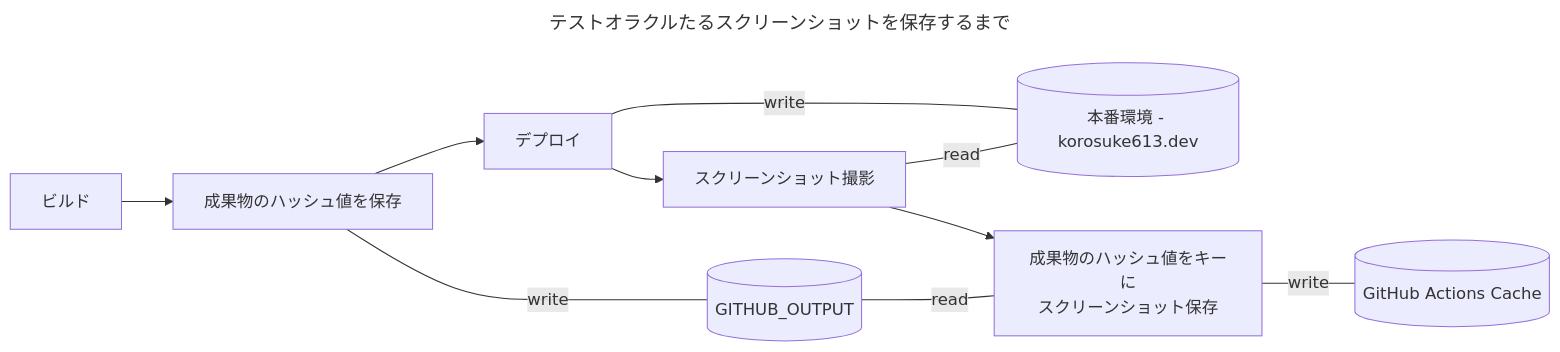
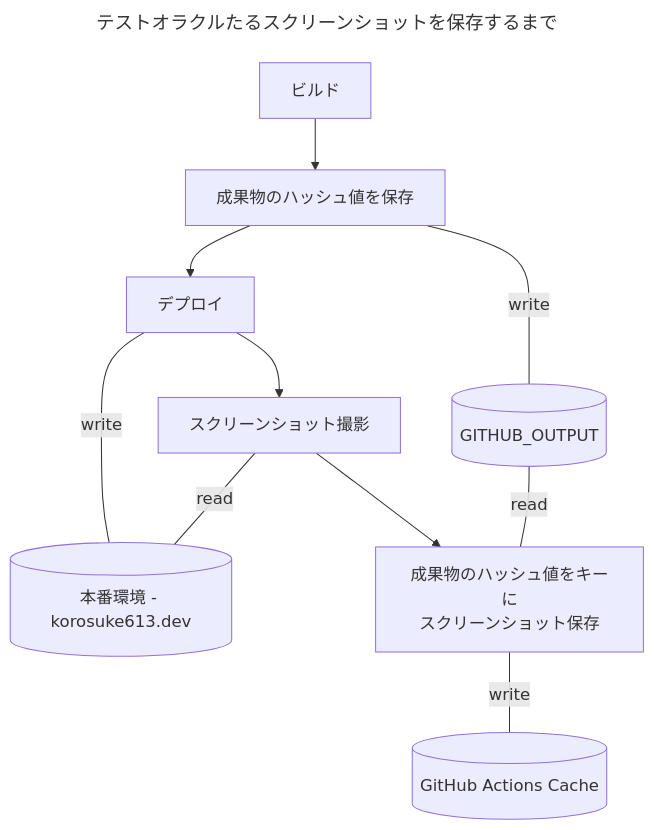
The third of 4 diagrams in articles/practice-vrt-using-github-actions-cache.md (uta8a/korosuke613-zenn-articles), drawn with Mermaid before and after one commit. The commit also changed other lines of this file, not shown here.

````diff
--- a/articles/practice-vrt-using-github-actions-cache.md
+++ b/articles/practice-vrt-using-github-actions-cache.md
@@ -172,20 +203,20 @@
 ```mermaid
 ---
 title: テストオラクルたるスクリーンショットを保存するまで
 ---
 
 
-flowchart LR
+flowchart
     %% classDef skipped fill:#FFF,stroke-dasharray:3,stroke:#000;
     %% style HH fill:#FFF,stroke-dasharray:3,stroke:#000;
 
     B[ビルド] --> C[成果物のハッシュ値を保存]
     C --> D[デプロイ]
     C ---|write| H[(GITHUB_OUTPUT)]
     D ---|write| J[(本番環境 - korosuke613.dev)]
     D --> E[スクリーンショット撮影]
     E ---|read| J
     E --> F[成果物のハッシュ値をキーに\nスクリーンショット保存]
     F ---|write| G[(GitHub Actions Cache)]
     H ---|read| F
 ```
````
